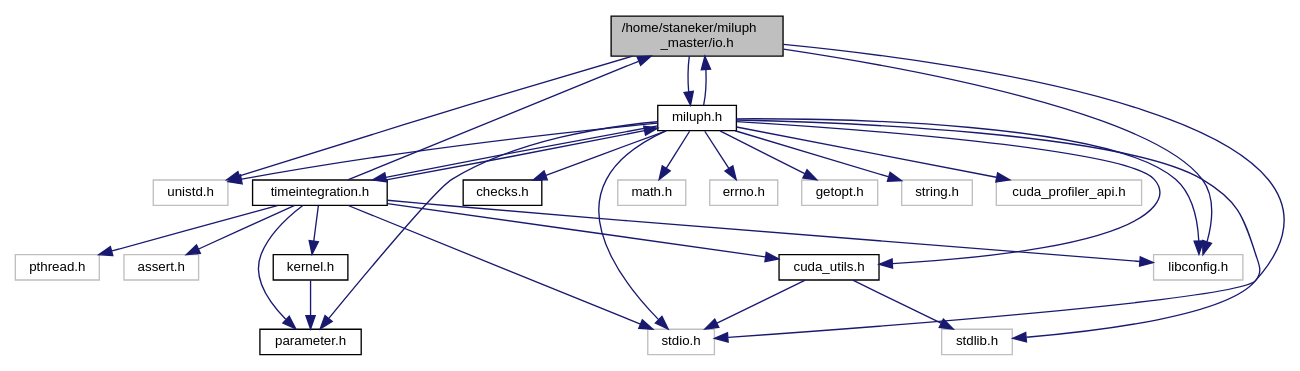
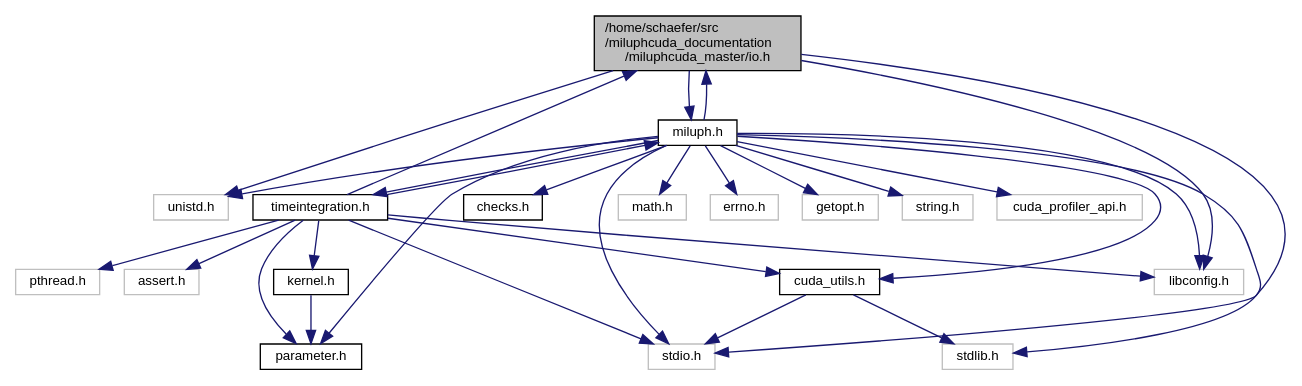
One commit to christophmschaefer/miluphcuda changed the diagram in docs/io_8h__incl.dot. Above: the diagram before and after it, drawn with Graphviz. The commit also changed 272 other files, not shown here.

```diff
--- a/docs/io_8h__incl.dot
+++ b/docs/io_8h__incl.dot
@@ -1,53 +1,53 @@
-digraph "/home/staneker/miluph_master/io.h"
+digraph "/home/schaefer/src/miluphcuda_documentation/miluphcuda_master/io.h"
 {
   edge [fontname="Helvetica",fontsize="10",labelfontname="Helvetica",labelfontsize="10"];
   node [fontname="Helvetica",fontsize="10",shape=record];
-  Node0 [label="/home/staneker/miluph\l_master/io.h",height=0.2,width=0.4,color="black", fillcolor="grey75", style="filled", fontcolor="black"];
+  Node0 [label="/home/schaefer/src\l/miluphcuda_documentation\l/miluphcuda_master/io.h",height=0.2,width=0.4,color="black", fillcolor="grey75", style="filled", fontcolor="black"];
   Node0 -> Node1 [color="midnightblue",fontsize="10",style="solid",fontname="Helvetica"];
   Node1 [label="stdio.h",height=0.2,width=0.4,color="grey75", fillcolor="white", style="filled"];
   Node0 -> Node2 [color="midnightblue",fontsize="10",style="solid",fontname="Helvetica"];
   Node2 [label="unistd.h",height=0.2,width=0.4,color="grey75", fillcolor="white", style="filled"];
   Node0 -> Node3 [color="midnightblue",fontsize="10",style="solid",fontname="Helvetica"];
   Node3 [label="libconfig.h",height=0.2,width=0.4,color="grey75", fillcolor="white", style="filled"];
   Node0 -> Node4 [color="midnightblue",fontsize="10",style="solid",fontname="Helvetica"];
   Node4 [label="miluph.h",height=0.2,width=0.4,color="black", fillcolor="white", style="filled",URL="$miluph_8h.html"];
   Node4 -> Node5 [color="midnightblue",fontsize="10",style="solid",fontname="Helvetica"];
   Node5 [label="math.h",height=0.2,width=0.4,color="grey75", fillcolor="white", style="filled"];
   Node4 -> Node6 [color="midnightblue",fontsize="10",style="solid",fontname="Helvetica"];
   Node6 [label="errno.h",height=0.2,width=0.4,color="grey75", fillcolor="white", style="filled"];
   Node4 -> Node7 [color="midnightblue",fontsize="10",style="solid",fontname="Helvetica"];
   Node7 [label="getopt.h",height=0.2,width=0.4,color="grey75", fillcolor="white", style="filled"];
   Node4 -> Node8 [color="midnightblue",fontsize="10",style="solid",fontname="Helvetica"];
   Node8 [label="string.h",height=0.2,width=0.4,color="grey75", fillcolor="white", style="filled"];
   Node4 -> Node2 [color="midnightblue",fontsize="10",style="solid",fontname="Helvetica"];
   Node4 -> Node1 [color="midnightblue",fontsize="10",style="solid",fontname="Helvetica"];
   Node4 -> Node9 [color="midnightblue",fontsize="10",style="solid",fontname="Helvetica"];
   Node9 [label="stdlib.h",height=0.2,width=0.4,color="grey75", fillcolor="white", style="filled"];
   Node4 -> Node3 [color="midnightblue",fontsize="10",style="solid",fontname="Helvetica"];
   Node4 -> Node10 [color="midnightblue",fontsize="10",style="solid",fontname="Helvetica"];
   Node10 [label="cuda_utils.h",height=0.2,width=0.4,color="black", fillcolor="white", style="filled",URL="$cuda__utils_8h.html"];
   Node10 -> Node1 [color="midnightblue",fontsize="10",style="solid",fontname="Helvetica"];
   Node10 -> Node9 [color="midnightblue",fontsize="10",style="solid",fontname="Helvetica"];
   Node4 -> Node11 [color="midnightblue",fontsize="10",style="solid",fontname="Helvetica"];
   Node11 [label="parameter.h",height=0.2,width=0.4,color="black", fillcolor="white", style="filled",URL="$parameter_8h.html"];
   Node4 -> Node0 [color="midnightblue",fontsize="10",style="solid",fontname="Helvetica"];
   Node4 -> Node12 [color="midnightblue",fontsize="10",style="solid",fontname="Helvetica"];
   Node12 [label="timeintegration.h",height=0.2,width=0.4,color="black", fillcolor="white", style="filled",URL="$timeintegration_8h.html"];
   Node12 -> Node1 [color="midnightblue",fontsize="10",style="solid",fontname="Helvetica"];
   Node12 -> Node3 [color="midnightblue",fontsize="10",style="solid",fontname="Helvetica"];
   Node12 -> Node13 [color="midnightblue",fontsize="10",style="solid",fontname="Helvetica"];
   Node13 [label="pthread.h",height=0.2,width=0.4,color="grey75", fillcolor="white", style="filled"];
   Node12 -> Node14 [color="midnightblue",fontsize="10",style="solid",fontname="Helvetica"];
   Node14 [label="assert.h",height=0.2,width=0.4,color="grey75", fillcolor="white", style="filled"];
   Node12 -> Node11 [color="midnightblue",fontsize="10",style="solid",fontname="Helvetica"];
   Node12 -> Node4 [color="midnightblue",fontsize="10",style="solid",fontname="Helvetica"];
   Node12 -> Node0 [color="midnightblue",fontsize="10",style="solid",fontname="Helvetica"];
   Node12 -> Node10 [color="midnightblue",fontsize="10",style="solid",fontname="Helvetica"];
   Node12 -> Node15 [color="midnightblue",fontsize="10",style="solid",fontname="Helvetica"];
   Node15 [label="kernel.h",height=0.2,width=0.4,color="black", fillcolor="white", style="filled",URL="$kernel_8h.html"];
   Node15 -> Node11 [color="midnightblue",fontsize="10",style="solid",fontname="Helvetica"];
   Node4 -> Node16 [color="midnightblue",fontsize="10",style="solid",fontname="Helvetica"];
   Node16 [label="cuda_profiler_api.h",height=0.2,width=0.4,color="grey75", fillcolor="white", style="filled"];
   Node4 -> Node17 [color="midnightblue",fontsize="10",style="solid",fontname="Helvetica"];
   Node17 [label="checks.h",height=0.2,width=0.4,color="black", fillcolor="white", style="filled",URL="$checks_8h.html"];
 }
```
